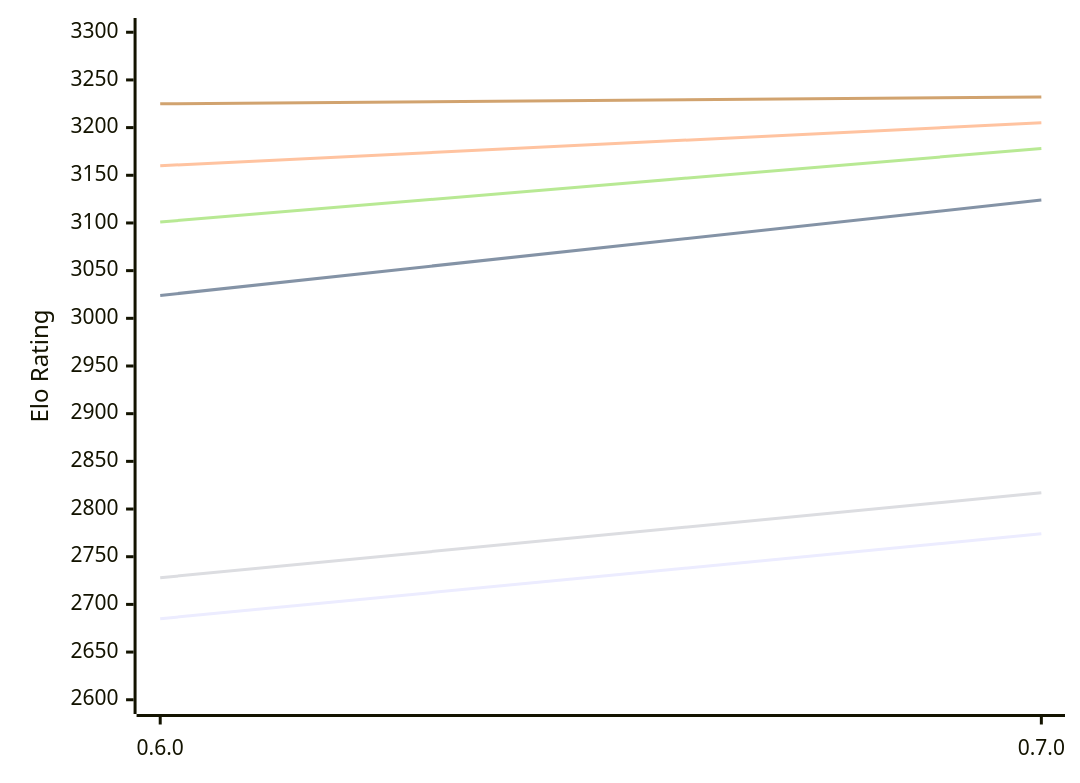
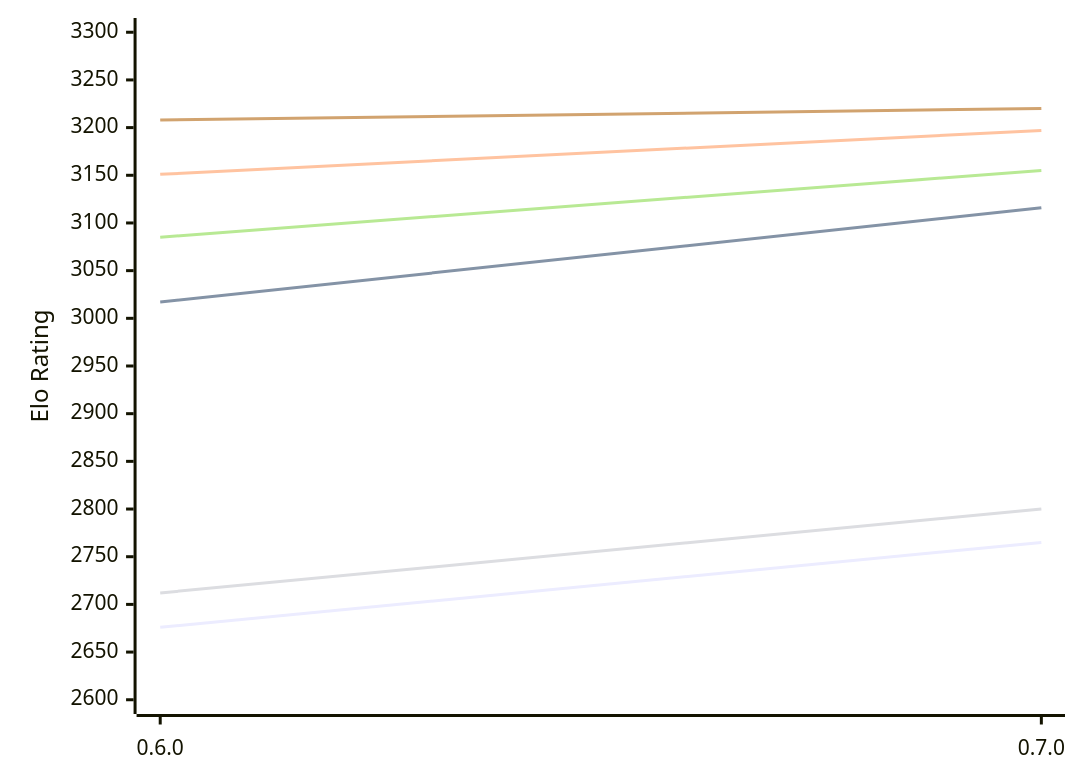
The first of 2 diagrams in engines/AteNika.md (computer-chess-index/cci), drawn with Mermaid before and after one commit. The commit also changed other lines of this file, not shown here.

Commit message:
Update CCI Ratings (ELO VLTC) - 2026-11-02

````diff
--- a/engines/AteNika.md
+++ b/engines/AteNika.md
@@ -52,12 +52,12 @@
 ```mermaid
 %%{init: {"theme":"base","themeVariables":{"seriesColors:['#a3a3a3','#222221','#faa371']}}}%%
 xychart-beta
   x-axis ["0.6.0", "0.7.0"]
   y-axis "Elo Rating" 2600 --> 3300
-  line "E1: STC (8.0+0.08s)" [2685, 2774]
-  line "E1: LTC (60.0+0.60s)" [3024, 3124]
-  line "E1: VLTC (2m24s+1.12s)" [3160, 3205]
-  line "P1: STC (8.0+0.08s)" [2728, 2817]
-  line "P1: LTC (60.0+0.60s)" [3101, 3178]
-  line "P1: VLTC (2m24s+1.12s)" [3225, 3232]
+  line "E1: STC (8.0+0.08s)" [2676, 2765]
+  line "E1: LTC (60.0+0.60s)" [3017, 3116]
+  line "E1: VLTC (2m24s+1.12s)" [3151, 3197]
+  line "P1: STC (8.0+0.08s)" [2712, 2800]
+  line "P1: LTC (60.0+0.60s)" [3085, 3155]
+  line "P1: VLTC (2m24s+1.12s)" [3208, 3220]
 ```
````
